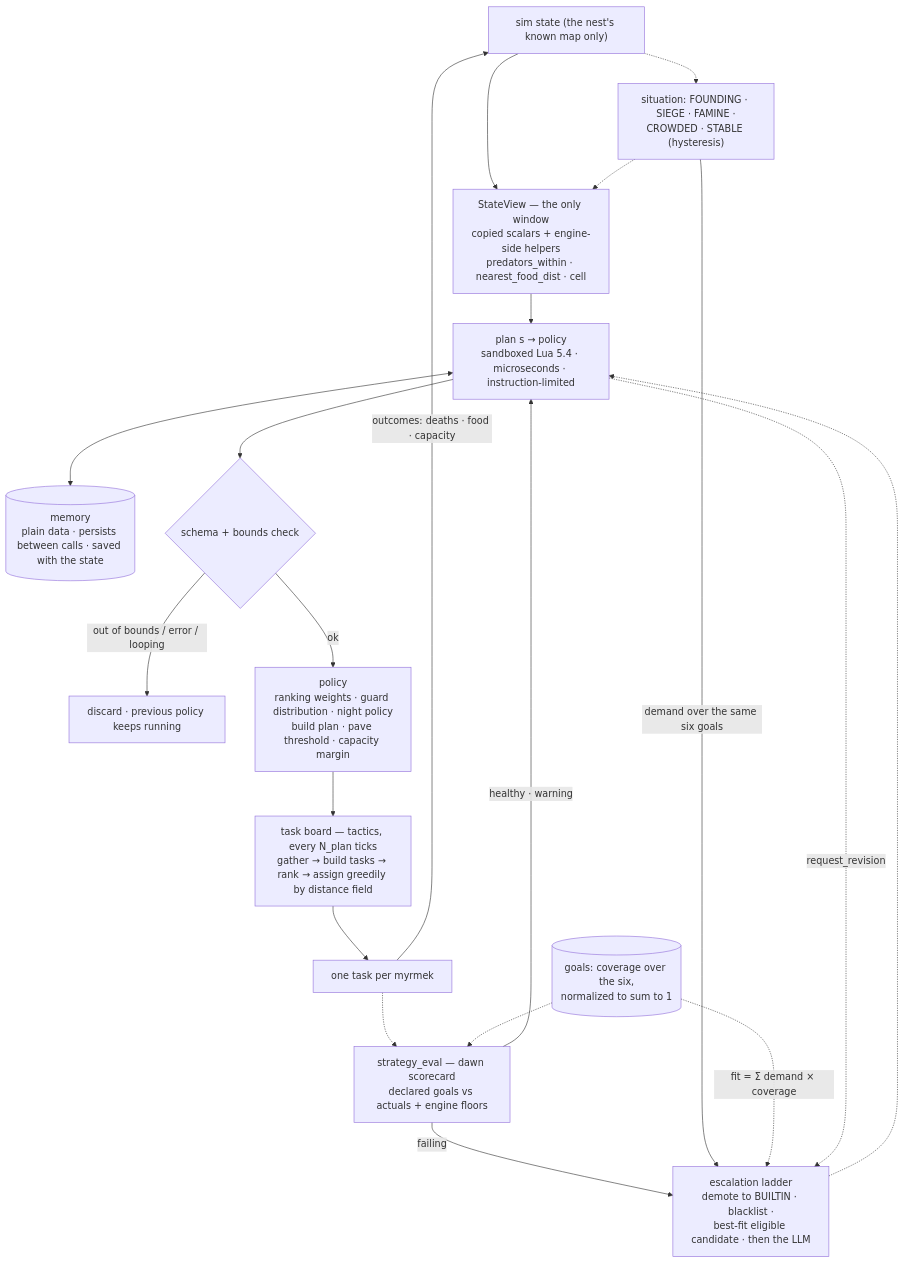
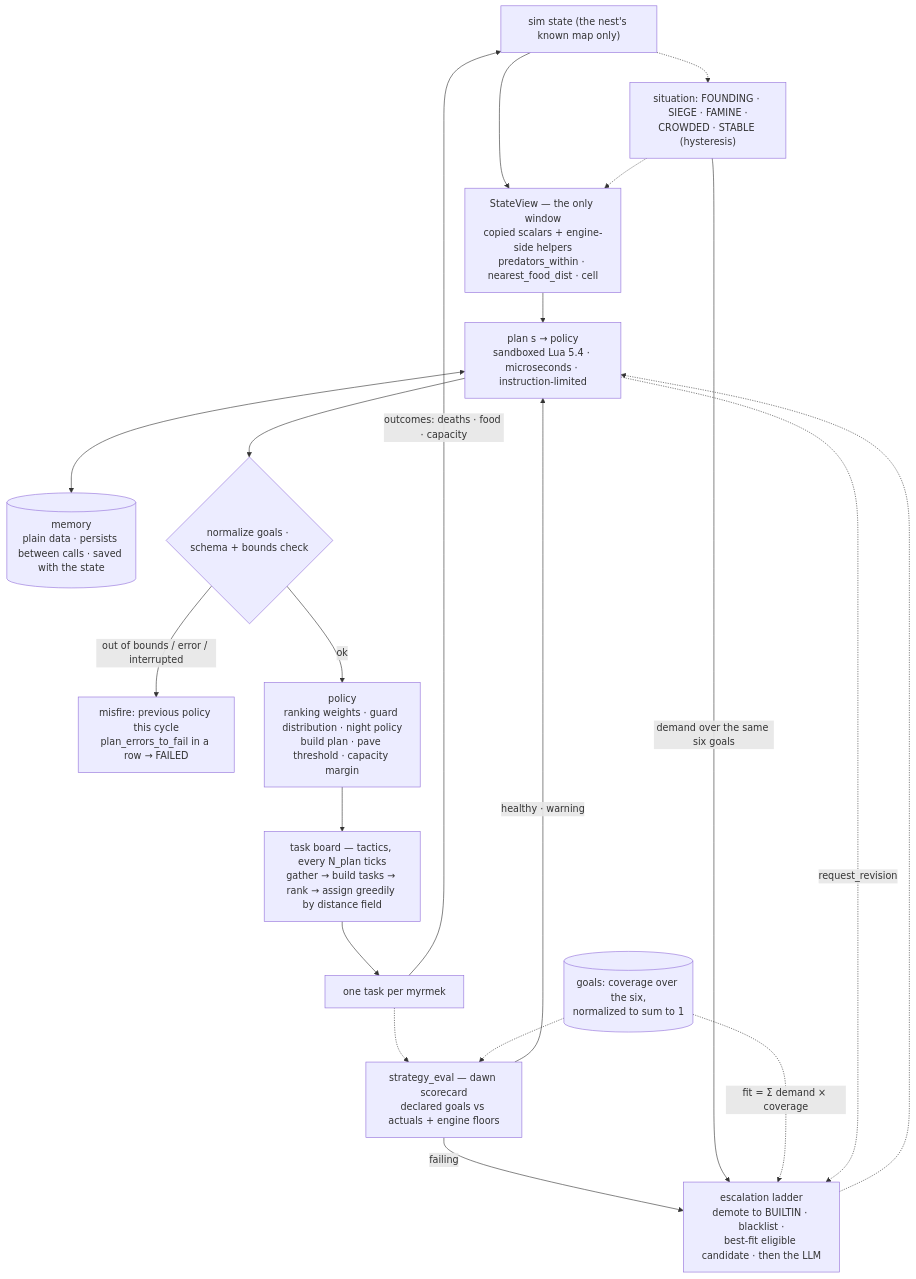
One commit to ichMaster/myrmex changed the seventh of 9 diagrams in specification/ARCHITECTURE.md. Above: the diagram before and after it, drawn with Mermaid. The commit also changed other lines of this file and 2 other files, not shown here.

````diff
--- a/specification/ARCHITECTURE.md
+++ b/specification/ARCHITECTURE.md
@@ -271,22 +284,22 @@
 ```mermaid
 flowchart TB
     world["sim state (the nest's known map only)"] --> sv["StateView — the only window<br/>copied scalars + engine-side helpers<br/>predators_within · nearest_food_dist · cell"]
     sv --> planf["plan s → policy<br/>sandboxed Lua 5.4 · microseconds · instruction-limited"]
     planf <--> mem[("memory<br/>plain data · persists between calls · saved with the state")]
-    planf --> check{"schema + bounds check"}
-    check -->|"out of bounds / error / looping"| keep["discard · previous policy keeps running"]
+    planf --> check{"normalize goals · schema + bounds check"}
+    check -->|"out of bounds / error / interrupted"| keep["misfire: previous policy this cycle<br/>plan_errors_to_fail in a row → FAILED"]
     check -->|ok| policy["policy<br/>ranking weights · guard distribution · night policy<br/>build plan · pave threshold · capacity margin"]
     policy --> board["task board — tactics, every N_plan ticks<br/>gather → build tasks → rank → assign greedily by distance field"]
     board --> agents["one task per myrmek"]
     agents -->|"outcomes: deaths · food · capacity"| world
     agents -.-> score["strategy_eval — dawn scorecard<br/>declared goals vs actuals + engine floors"]
     goalsd[("goals: coverage over the six,<br/>normalized to sum to 1")] -.-> score
     score -->|"healthy · warning"| planf
     score -->|"failing"| ladder["escalation ladder<br/>demote to BUILTIN · blacklist ·<br/>best-fit eligible candidate · then the LLM"]
     world -.-> sit["situation: FOUNDING · SIEGE · FAMINE ·<br/>CROWDED · STABLE (hysteresis)"]
     sit -->|"demand over the same six goals"| ladder
     goalsd -.->|"fit = Σ demand × coverage"| ladder
     sit -.-> sv
     ladder -.-> planf
     planf -.->|"request_revision"| ladder
 ```
````
